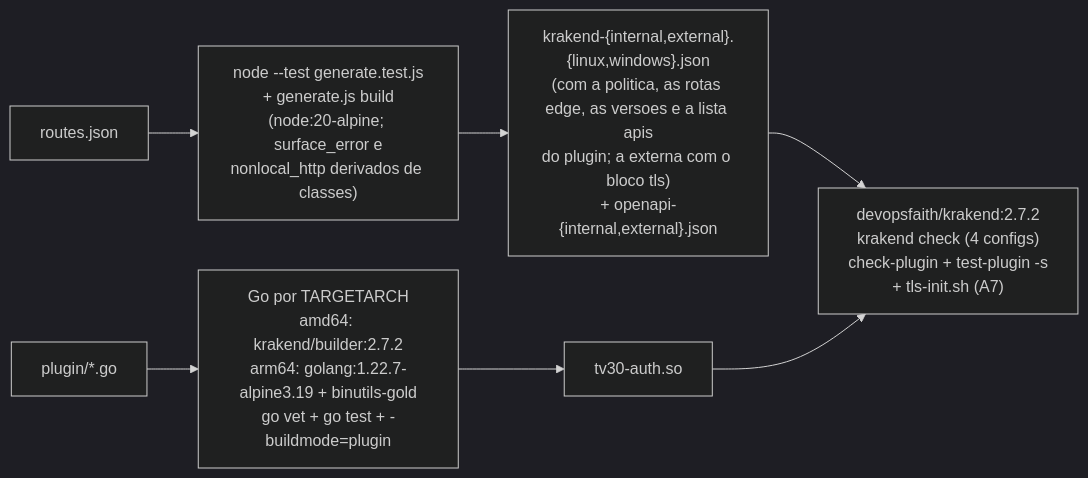
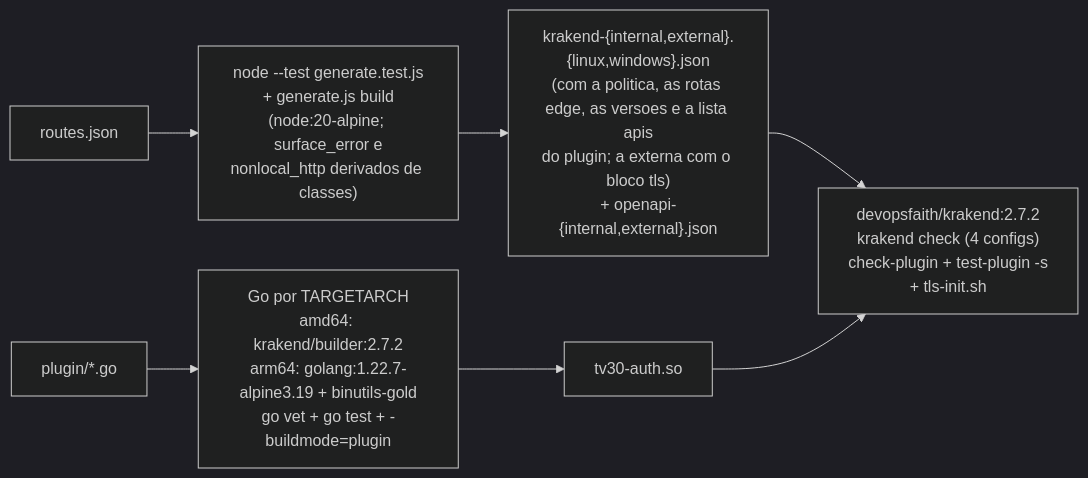
Before and after one commit to multisens/Infra: the second of 2 diagrams in docs/04-pipeline-http.md, drawn with Mermaid (dark theme). The commit also changed other lines of this file and 16 other files, not shown here.

````diff
--- a/docs/04-pipeline-http.md
+++ b/docs/04-pipeline-http.md
@@ -63,9 +57,9 @@
 ```mermaid
 flowchart LR
     RJ["routes.json"] --> GEN["node --test generate.test.js<br/>+ generate.js build<br/>(node:20-alpine; surface_error e<br/>nonlocal_http derivados de classes)"]
     GEN --> CFG["krakend-{internal,external}.{linux,windows}.json<br/>(com a politica, as rotas edge, as versoes e a lista apis<br/>do plugin; a externa com o bloco tls)<br/>+ openapi-{internal,external}.json"]
     SRC["plugin/*.go"] --> B["Go por TARGETARCH<br/>amd64: krakend/builder:2.7.2<br/>arm64: golang:1.22.7-alpine3.19 + binutils-gold<br/>go vet + go test + -buildmode=plugin"]
     B --> SO["tv30-auth.so"]
-    CFG --> IMG["devopsfaith/krakend:2.7.2<br/>krakend check (4 configs)<br/>check-plugin + test-plugin -s<br/>+ tls-init.sh (A7)"]
+    CFG --> IMG["devopsfaith/krakend:2.7.2<br/>krakend check (4 configs)<br/>check-plugin + test-plugin -s<br/>+ tls-init.sh"]
     SO --> IMG
 ```
````
